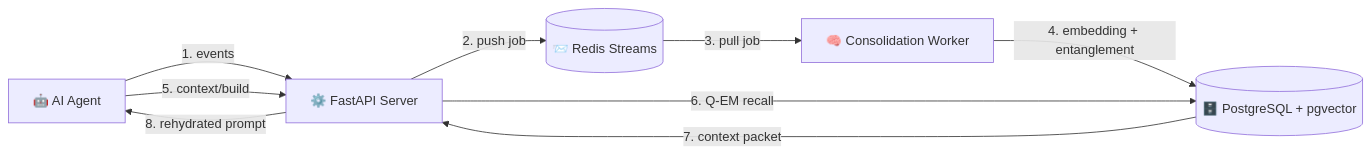
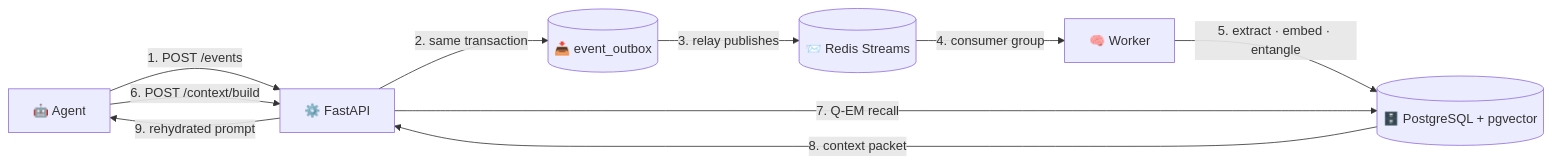
The diagram in README.md (Jimmyjoe13/synaptiq), drawn with Mermaid before and after one commit. The commit also changed other lines of this file and 2 other files, not shown here.

First line of the commit message:
Add configuration reference and MCP server documentation

````diff
--- a/README.md
+++ b/README.md
@@ -149,11 +144,12 @@
 ```mermaid
 graph LR
-    A[🤖 AI Agent] -->|1. events| API[⚙️ FastAPI Server]
-    API -->|2. push job| R[(📨 Redis Streams)]
-    R -->|3. pull job| W[🧠 Consolidation Worker]
-    W -->|4. embedding + entanglement| DB[(🗄️ PostgreSQL + pgvector)]
-    A -->|5. context/build| API
-    API -->|6. Q-EM recall| DB
-    DB -->|7. context packet| API
-    API -->|8. rehydrated prompt| A
+    A[🤖 Agent] -->|1. POST /events| API[⚙️ FastAPI]
+    API -->|2. same transaction| OB[(📥 event_outbox)]
+    OB -->|3. relay publishes| R[(📨 Redis Streams)]
+    R -->|4. consumer group| W[🧠 Worker]
+    W -->|5. extract · embed · entangle| DB[(🗄️ PostgreSQL + pgvector)]
+    A -->|6. POST /context/build| API
+    API -->|7. Q-EM recall| DB
+    DB -->|8. context packet| API
+    API -->|9. rehydrated prompt| A
 ```
````
